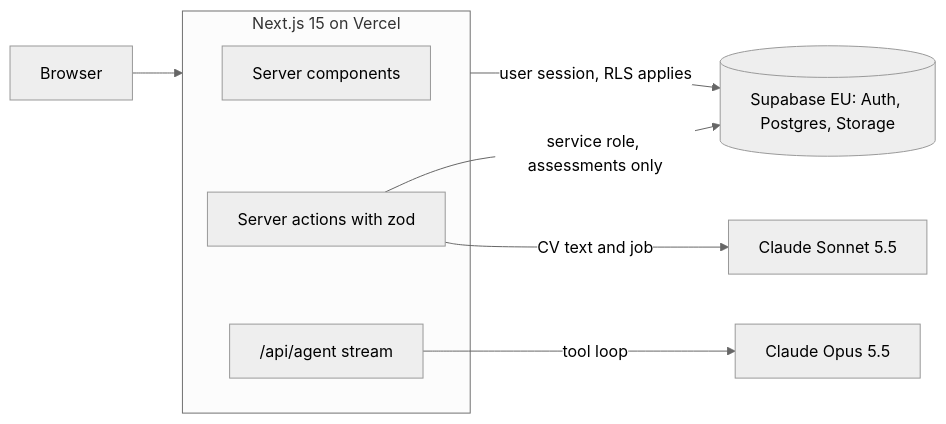
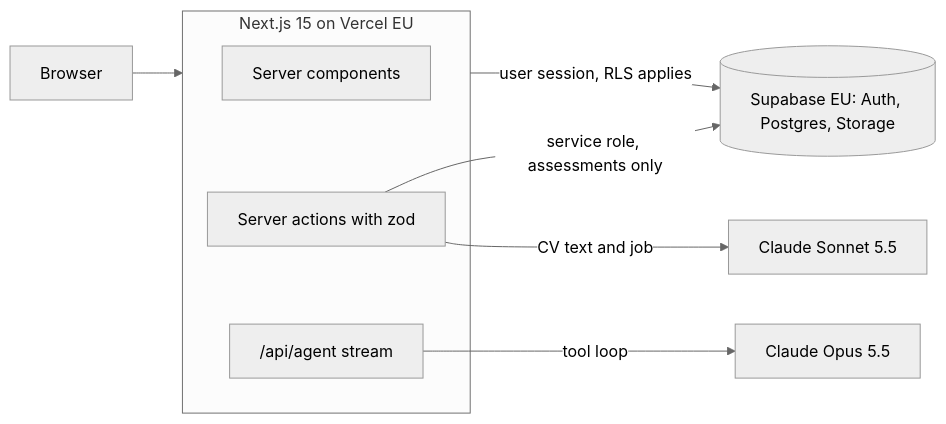
Before and after one commit to GHT4ngo/ATS: the diagram in README.md, drawn with Mermaid (neutral theme). The commit also changed other lines of this file and 2 other files, not shown here.

````diff
--- a/README.md
+++ b/README.md
@@ -72,13 +74,13 @@
 ```mermaid
 flowchart LR
   B[Browser] --> N
-  subgraph N[Next.js 15 on Vercel]
+  subgraph N[Next.js 15 on Vercel EU]
     SC[Server components]
     SA[Server actions with zod]
     AG["/api/agent stream"]
   end
   N -->|user session, RLS applies| S[(Supabase EU: Auth, Postgres, Storage)]
   SA -->|service role, assessments only| S
   SA -->|CV text and job| C[Claude Sonnet 5.5]
   AG -->|tool loop| O[Claude Opus 5.5]
 ```
````
